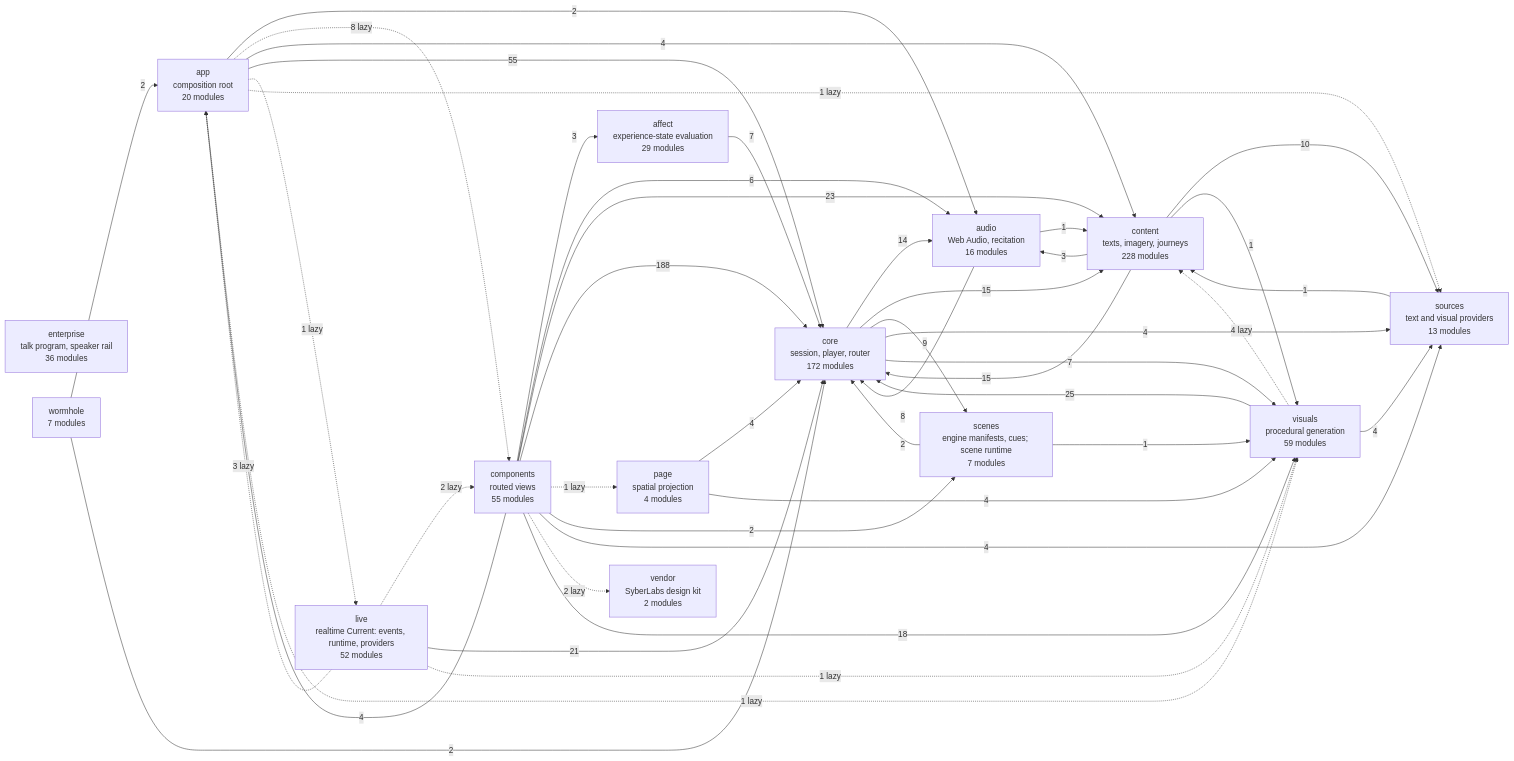
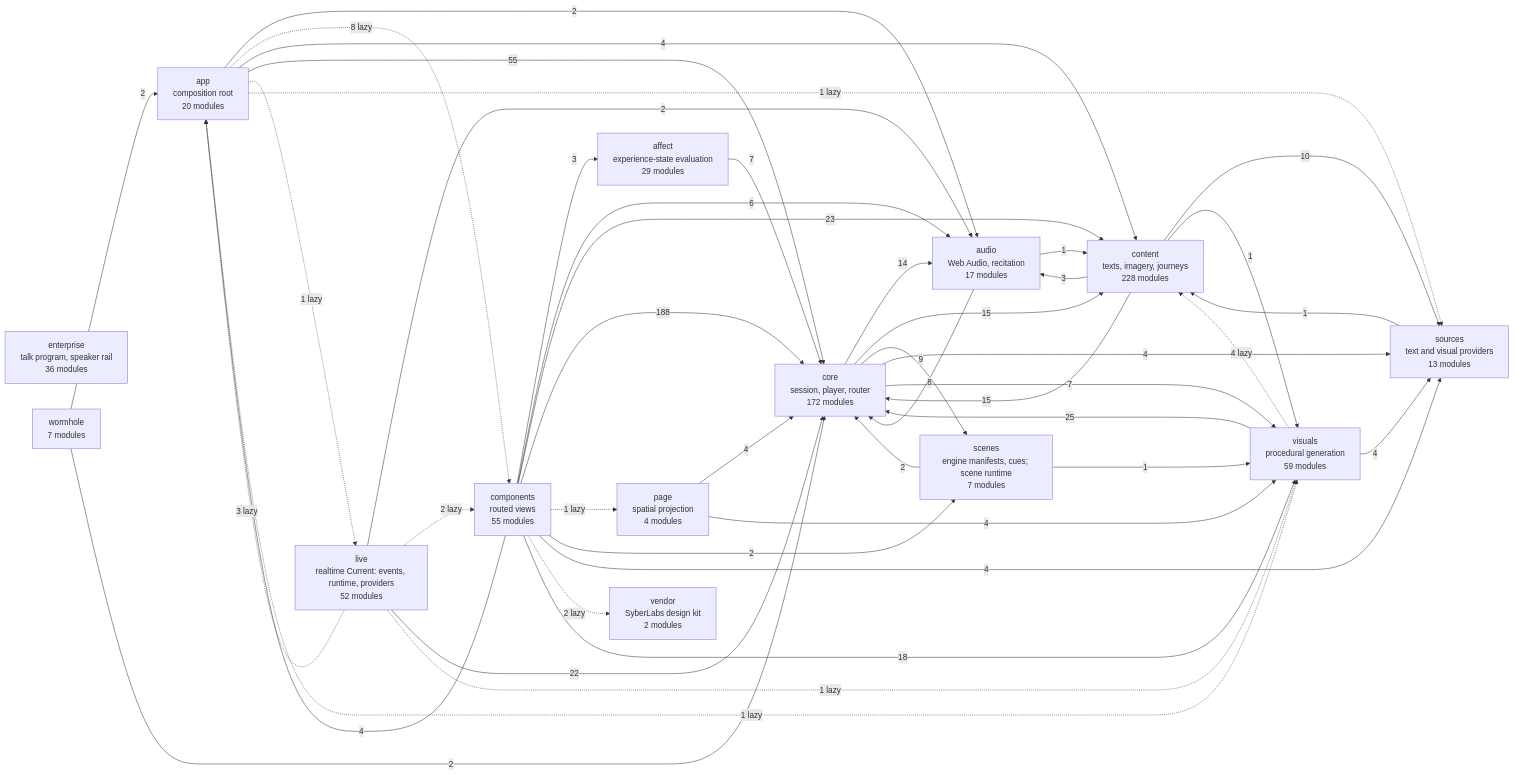
The diagram in docs/specs/ARCHITECTURE.md (SyberLabs/RISE), drawn with Mermaid before and after one commit. The commit also changed 11 other files, not shown here.

````diff
--- a/docs/specs/ARCHITECTURE.md
+++ b/docs/specs/ARCHITECTURE.md
@@ -161,61 +161,62 @@
 ```mermaid
 flowchart LR
     affect["affect<br/>experience-state evaluation<br/>29 modules"]
     app["app<br/>composition root<br/>20 modules"]
-    audio["audio<br/>Web Audio, recitation<br/>16 modules"]
+    audio["audio<br/>Web Audio, recitation<br/>17 modules"]
     components["components<br/>routed views<br/>55 modules"]
     content["content<br/>texts, imagery, journeys<br/>228 modules"]
     core["core<br/>session, player, router<br/>172 modules"]
     enterprise["enterprise<br/>talk program, speaker rail<br/>36 modules"]
     live["live<br/>realtime Current: events, runtime, providers<br/>52 modules"]
     page["page<br/>spatial projection<br/>4 modules"]
     scenes["scenes<br/>engine manifests, cues; scene runtime<br/>7 modules"]
     sources["sources<br/>text and visual providers<br/>13 modules"]
     vendor["vendor<br/>SyberLabs design kit<br/>2 modules"]
     visuals["visuals<br/>procedural generation<br/>59 modules"]
     wormhole["wormhole<br/>7 modules"]
 
     affect --> |7| core
     app --> |2| audio
     app -.-> |8 lazy| components
     app --> |4| content
     app --> |55| core
     app -.-> |1 lazy| live
     app -.-> |1 lazy| sources
     app -.-> |1 lazy| visuals
     audio --> |1| content
     audio --> |8| core
     components --> |3| affect
     components --> |4| app
     components --> |6| audio
     components --> |23| content
     components --> |188| core
     components -.-> |1 lazy| page
     components --> |2| scenes
     components --> |4| sources
     components -.-> |2 lazy| vendor
     components --> |18| visuals
     content --> |3| audio
     content --> |15| core
     content --> |10| sources
     content --> |1| visuals
     core --> |14| audio
     core --> |15| content
     core --> |9| scenes
     core --> |4| sources
     core --> |7| visuals
     live -.-> |3 lazy| app
+    live --> |2| audio
     live -.-> |2 lazy| components
-    live --> |21| core
+    live --> |22| core
     live -.-> |1 lazy| visuals
     page --> |4| core
     page --> |4| visuals
     scenes --> |2| core
     scenes --> |1| visuals
     sources --> |1| content
     visuals -.-> |4 lazy| content
     visuals --> |25| core
     visuals --> |4| sources
     wormhole --> |2| app
     wormhole --> |2| core
 ```
````
